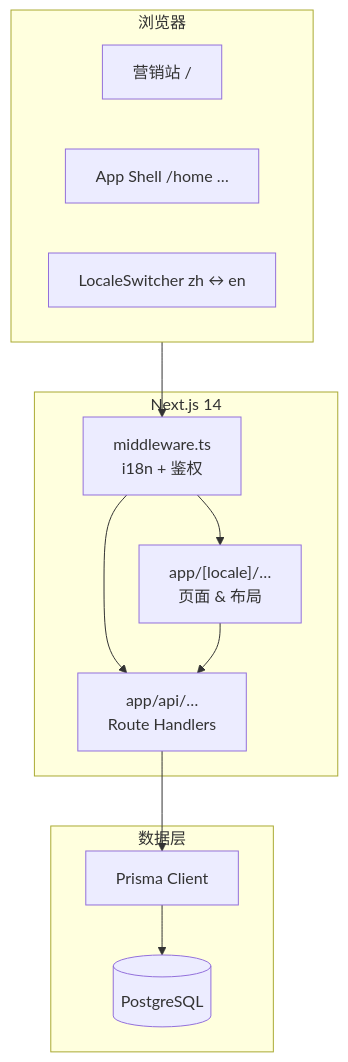
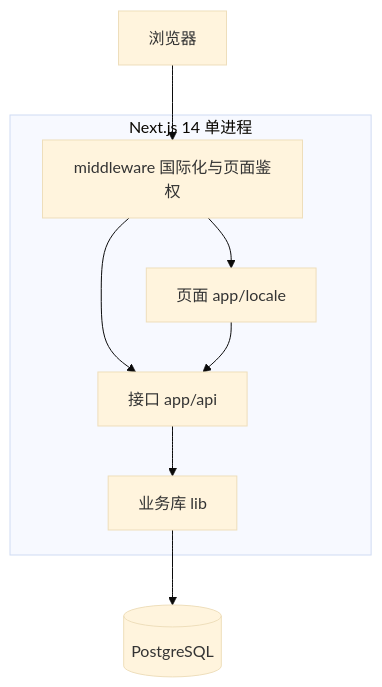
Before and after one commit to FrankDengAI/founder-bridge-AI: the fourth of 13 diagrams in README.md, drawn with Mermaid. The commit also changed other lines of this file and 1 other file, not shown here.

````diff
--- a/README.md
+++ b/README.md
@@ -505,26 +735,21 @@
 ```mermaid
+%%{init: {'theme': 'base', 'themeVariables': {'fontSize': '16px'}, 'flowchart': {'nodeSpacing': 45, 'rankSpacing': 50}}}%%
 flowchart TB
-  subgraph Client["浏览器"]
-    MKT["营销站 /"]
-    APP["App Shell /home …"]
-    SW["LocaleSwitcher zh ↔ en"]
+  Browser["浏览器"]
+
+  subgraph NextApp ["Next.js 14 单进程"]
+    MW["middleware 国际化与页面鉴权"]
+    Pages["页面 app/locale"]
+    API["接口 app/api"]
+    Lib["业务库 lib"]
   end
 
-  subgraph Next["Next.js 14"]
-    MW["middleware.ts<br/>i18n + 鉴权"]
-    PAGES["app/[locale]/…<br/>页面 & 布局"]
-    API["app/api/…<br/>Route Handlers"]
-  end
+  DB[("PostgreSQL")]
 
-  subgraph Data["数据层"]
-    PRISMA["Prisma Client"]
-    PG[("PostgreSQL")]
-  end
-
-  Client --> MW
-  MW --> PAGES
+  Browser --> MW
+  MW --> Pages
   MW --> API
-  PAGES --> API
-  API --> PRISMA
-  PRISMA --> PG
+  Pages --> API
+  API --> Lib
+  Lib --> DB
 ```
````
